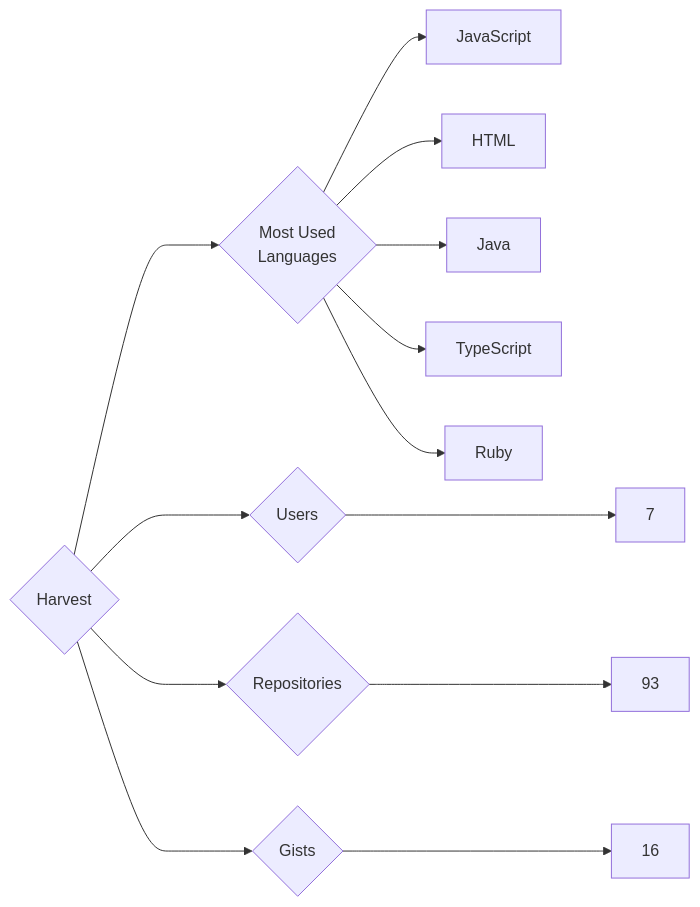
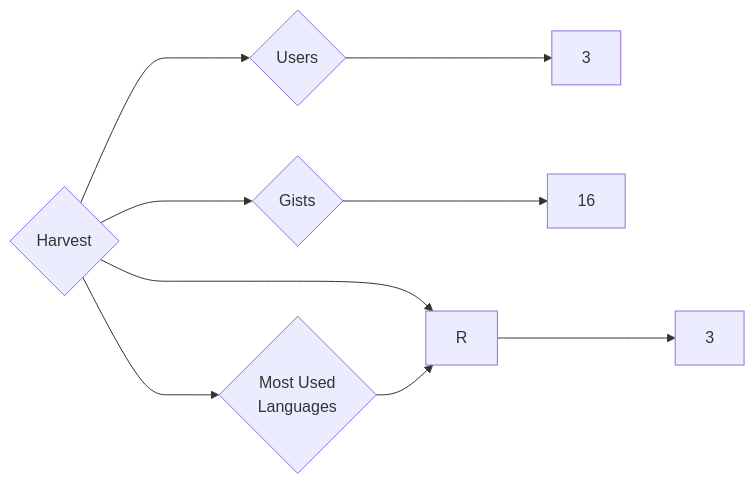
Before and after one commit to trickest/insiders: the diagram in targets/Harvest/README.md, drawn with Mermaid. The commit also changed 1007 other files, not shown here.

````diff
--- a/targets/Harvest/README.md
+++ b/targets/Harvest/README.md
@@ -3,13 +3,9 @@
 ```mermaid
 graph LR
 COMPANY_NAME{Harvest}
-COMPANY_NAME ---> U{Users} ---> UN[7]
-COMPANY_NAME ---> R{Repositories} ---> RN[93]
+COMPANY_NAME ---> U{Users} ---> UN[3]
+COMPANY_NAME ---> R{Repositories} ---> RN[3]
 COMPANY_NAME ---> G{Gists} ---> GN[16]
 COMPANY_NAME ---> ML{Most Used<br>Languages}
-ML --> JavaScript[JavaScript]
-ML --> HTML[HTML]
-ML --> Java[Java]
-ML --> TypeScript[TypeScript]
-ML --> Ruby[Ruby]
+ML --> R[R]
 ```
````
